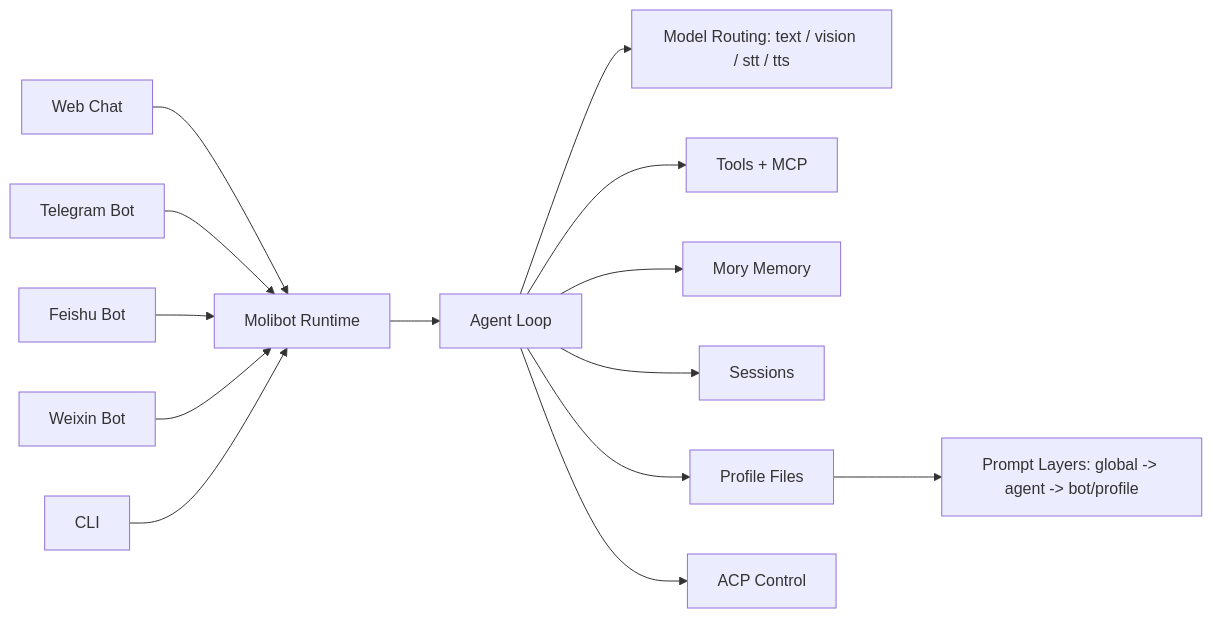
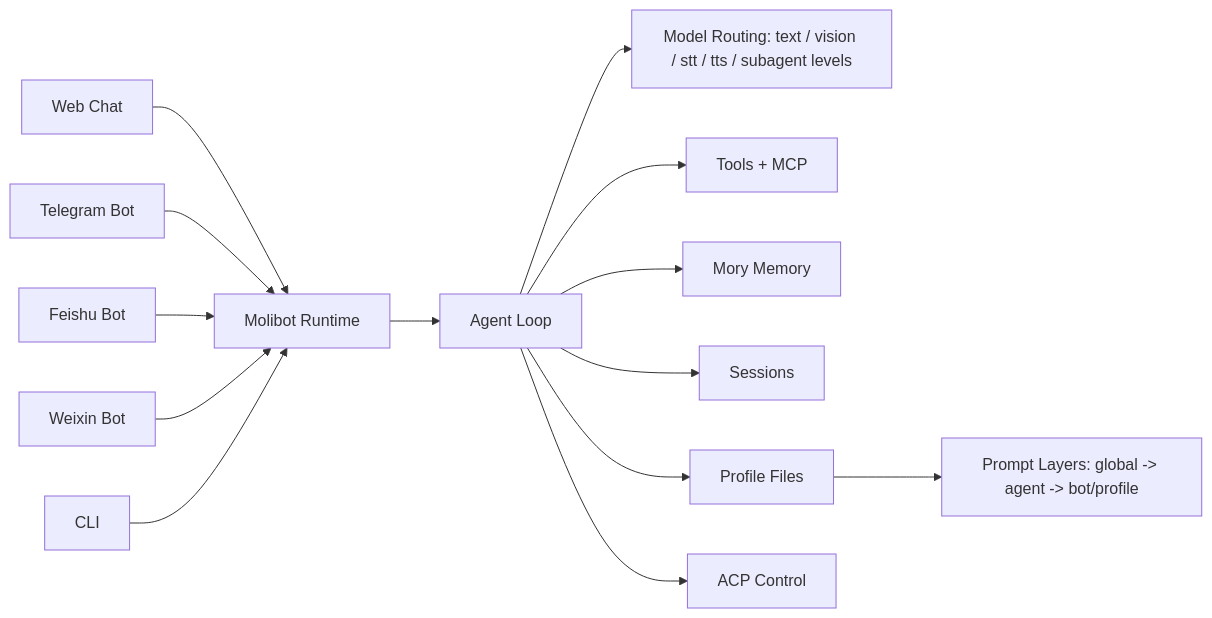
Before and after one commit to gusibi/molibot: the diagram in readme.md, drawn with Mermaid. The commit also changed other lines of this file and 43 other files, not shown here.

Commit message:
feat: add subagent model-level routing and production deployment infrastructure

````diff
--- a/readme.md
+++ b/readme.md
@@ -68,18 +70,18 @@
 ```mermaid
 flowchart LR
     A[Web Chat] --> R[Molibot Runtime]
     B[Telegram Bot] --> R
     C[Feishu Bot] --> R
     D[Weixin Bot] --> R
     E[CLI] --> R
 
     R --> P[Agent Loop]
-    P --> M["Model Routing: text / vision / stt / tts"]
+    P --> M["Model Routing: text / vision / stt / tts / subagent levels"]
     P --> T[Tools + MCP]
     P --> MM[Mory Memory]
     P --> S[Sessions]
     P --> F[Profile Files]
     P --> ACP[ACP Control]
 
     F --> L["Prompt Layers: global -> agent -> bot/profile"]
 ```
````
